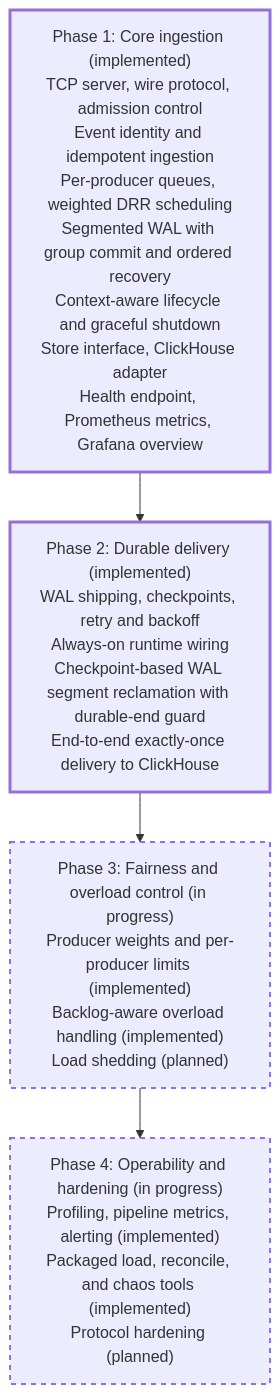
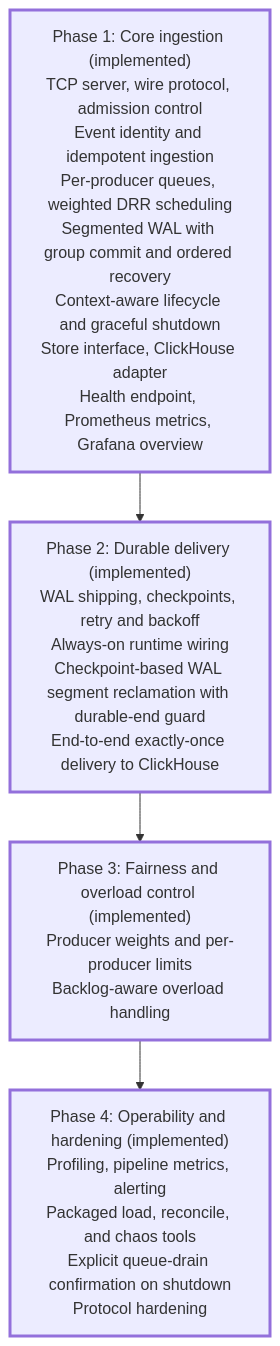
One commit to PratyushVishal11011/Fairgate changed the diagram in docs/roadmap.md. Above: the diagram before and after it, drawn with Mermaid. The commit also changed other lines of this file and 27 other files, not shown here.

Commit message:
Protocol hardening (malformed and oversized frame handling)

````diff
--- a/docs/roadmap.md
+++ b/docs/roadmap.md
@@ -7,14 +7,13 @@
 ```mermaid
 flowchart TD
     P1["Phase 1: Core ingestion (implemented)<br/>TCP server, wire protocol, admission control<br/>Event identity and idempotent ingestion<br/>Per-producer queues, weighted DRR scheduling<br/>Segmented WAL with group commit and ordered recovery<br/>Context-aware lifecycle and graceful shutdown<br/>Store interface, ClickHouse adapter<br/>Health endpoint, Prometheus metrics, Grafana overview"]
     P2["Phase 2: Durable delivery (implemented)<br/>WAL shipping, checkpoints, retry and backoff<br/>Always-on runtime wiring<br/>Checkpoint-based WAL segment reclamation with durable-end guard<br/>End-to-end exactly-once delivery to ClickHouse"]
-    P3["Phase 3: Fairness and overload control (in progress)<br/>Producer weights and per-producer limits (implemented)<br/>Backlog-aware overload handling (implemented)<br/>Load shedding (planned)"]
-    P4["Phase 4: Operability and hardening (in progress)<br/>Profiling, pipeline metrics, alerting (implemented)<br/>Packaged load, reconcile, and chaos tools (implemented)<br/>Protocol hardening (planned)"]
+    P3["Phase 3: Fairness and overload control (implemented)<br/>Producer weights and per-producer limits<br/>Backlog-aware overload handling"]
+    P4["Phase 4: Operability and hardening (implemented)<br/>Profiling, pipeline metrics, alerting<br/>Packaged load, reconcile, and chaos tools<br/>Explicit queue-drain confirmation on shutdown<br/>Protocol hardening"]
 
     P1 --> P2 --> P3 --> P4
 
     classDef done stroke-width:3px;
     classDef planned stroke-dasharray: 5 5,stroke-width:2px;
-    class P1,P2 done;
-    class P3,P4 planned;
+    class P1,P2,P3,P4 done;
 ```
````
